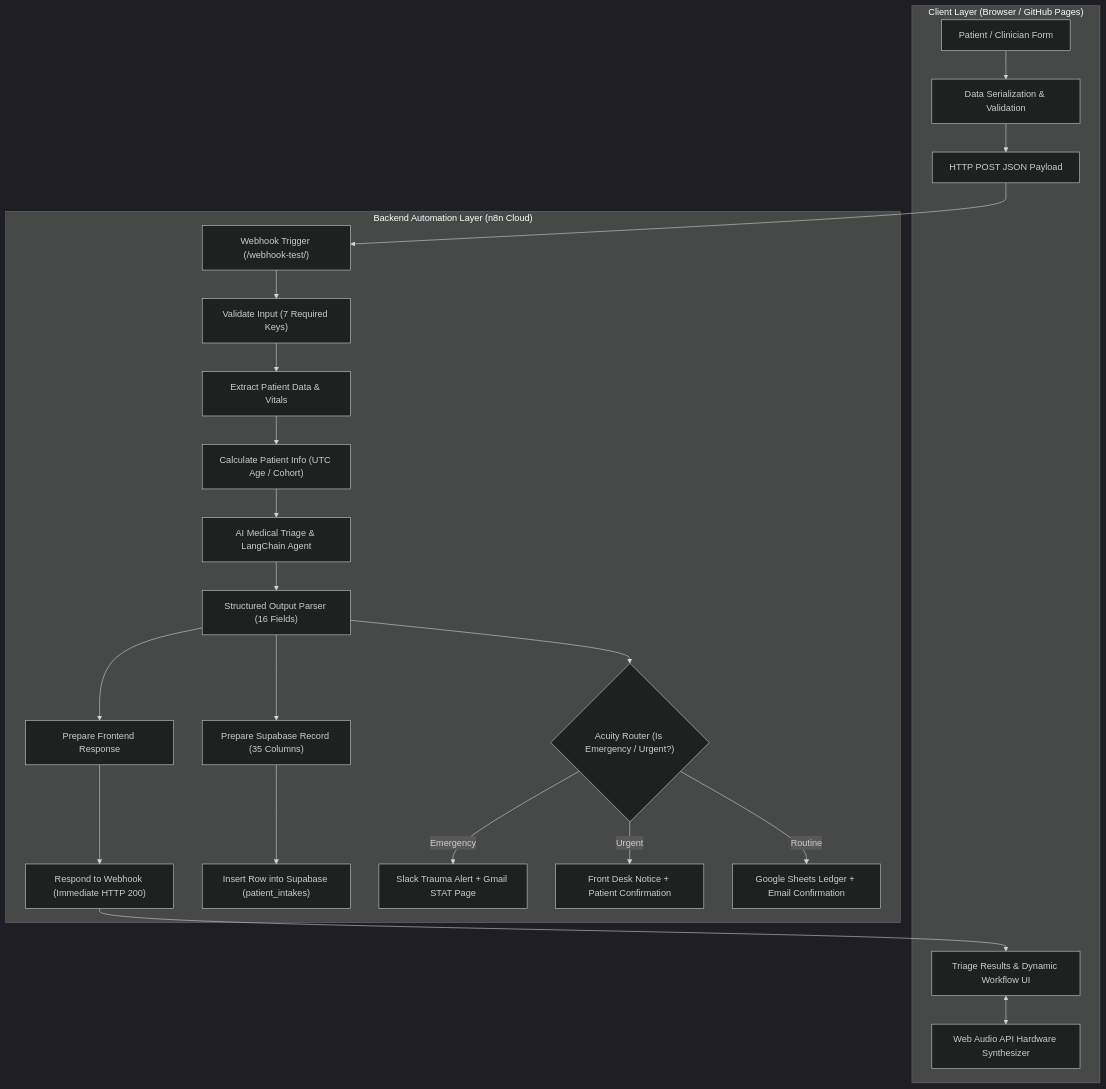
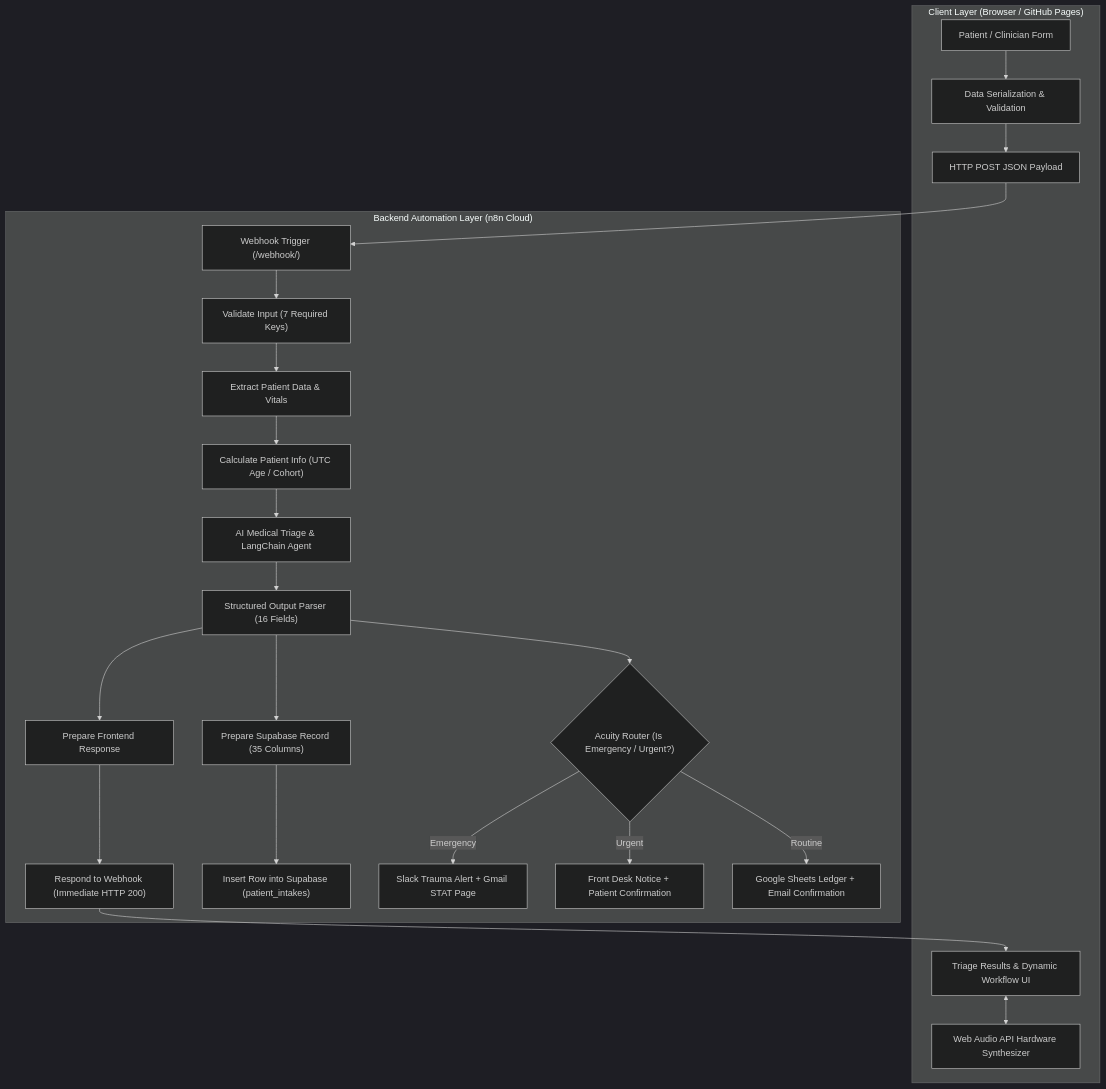
The diagram in README.md (sujalzz88/MEDICLIN-), drawn with Mermaid (dark theme) before and after one commit. The commit also changed other lines of this file and 5 other files, not shown here.

````diff
--- a/README.md
+++ b/README.md
@@ -100,30 +100,30 @@
 ```mermaid
 flowchart TD
     subgraph Client ["Client Layer (Browser / GitHub Pages)"]
         A["Patient / Clinician Form"] --> B["Data Serialization & Validation"]
         B --> C["HTTP POST JSON Payload"]
         M["Triage Results & Dynamic Workflow UI"] <--> N["Web Audio API Hardware Synthesizer"]
     end
 
     subgraph Orchestration ["Backend Automation Layer (n8n Cloud)"]
-        C --> D["Webhook Trigger (/webhook-test/)"]
+        C --> D["Webhook Trigger (/webhook/)"]
         D --> E["Validate Input (7 Required Keys)"]
         E --> F["Extract Patient Data & Vitals"]
         F --> G["Calculate Patient Info (UTC Age / Cohort)"]
         G --> H["AI Medical Triage & LangChain Agent"]
         H --> I["Structured Output Parser (16 Fields)"]
         
         I --> J["Prepare Frontend Response"]
         J --> K["Respond to Webhook (Immediate HTTP 200)"]
         
         I --> O["Prepare Supabase Record (35 Columns)"]
         O --> P["Insert Row into Supabase (patient_intakes)"]
         
         I --> Q{"Acuity Router (Is Emergency / Urgent?)"}
         Q -->|Emergency| R["Slack Trauma Alert + Gmail STAT Page"]
         Q -->|Urgent| S["Front Desk Notice + Patient Confirmation"]
         Q -->|Routine| T["Google Sheets Ledger + Email Confirmation"]
     end
 
     K --> M
 ```
````
